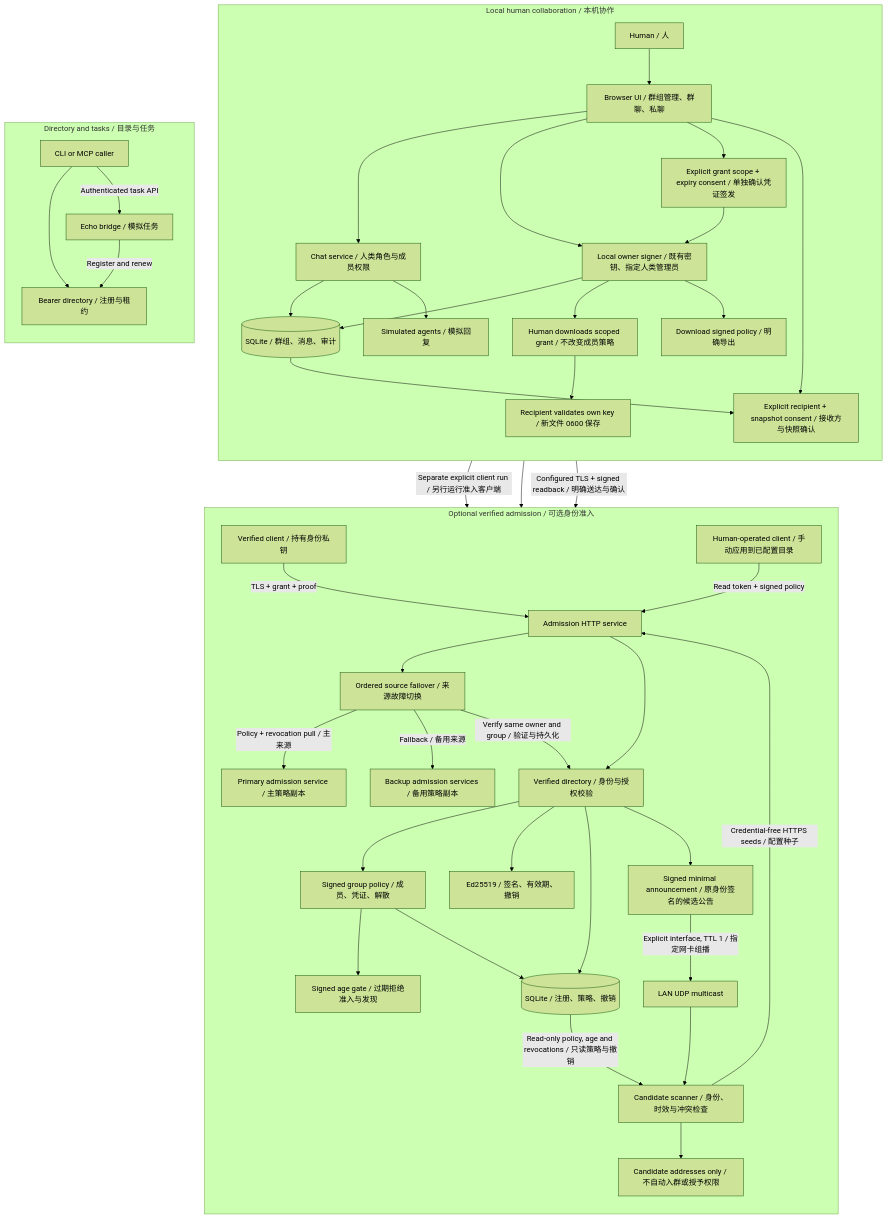
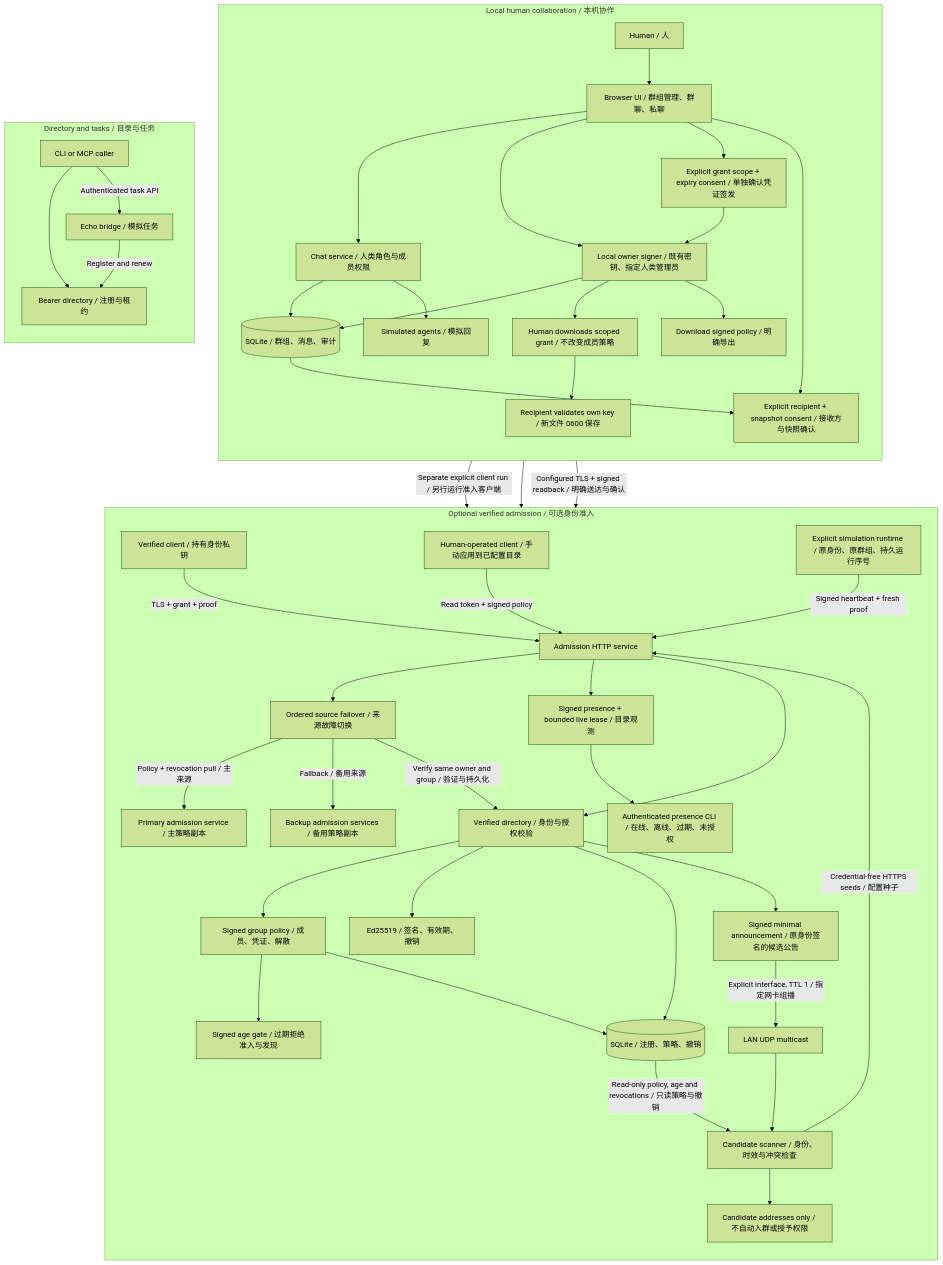
The first of 2 diagrams in README.md (lgdu/tailnet-agents), drawn with Mermaid (forest theme) before and after one commit. The commit also changed other lines of this file and 23 other files, not shown here.

````diff
--- a/README.md
+++ b/README.md
@@ -38,49 +39,52 @@
 ```mermaid
 flowchart TB
   subgraph CHAT["Local human collaboration / 本机协作"]
     direction TB
     H["Human / 人"] --> UI["Browser UI / 群组管理、群聊、私聊"]
     UI --> CS["Chat service / 人类角色与成员权限"]
     CS --> DB[("SQLite / 群组、消息、审计")]
     CS --> SIM["Simulated agents / 模拟回复"]
     UI --> SIGN["Local owner signer / 既有密钥、指定人类管理员"]
     SIGN --> DB
     UI --> ISSUE["Explicit grant scope + expiry consent / 单独确认凭证签发"]
     ISSUE --> SIGN
     SIGN --> GRANT["Human downloads scoped grant / 不改变成员策略"]
     GRANT --> INSTALL["Recipient validates own key / 新文件 0600 保存"]
     SIGN --> EXPORT["Download signed policy / 明确导出"]
     UI --> DELIVERY["Explicit recipient + snapshot consent / 接收方与快照确认"]
     DB --> DELIVERY
   end
   subgraph TASK["Directory and tasks / 目录与任务"]
     direction TB
     CALL["CLI or MCP caller"] --> REG["Bearer directory / 注册与租约"]
     CALL -->|"Authenticated task API"| ECHO["Echo bridge / 模拟任务"]
     ECHO -->|"Register and renew"| REG
   end
   subgraph VERIFY["Optional verified admission / 可选身份准入"]
     direction TB
     INSTALL -->|"Separate explicit client run / 另行运行准入客户端"| VC
     VC["Verified client / 持有身份私钥"] -->|"TLS + grant + proof"| API["Admission HTTP service"]
     API --> SYNC["Ordered source failover / 来源故障切换"]
     SYNC -->|"Policy + revocation pull / 主来源"| PEER["Primary admission service / 主策略副本"]
     SYNC -->|"Fallback / 备用来源"| BACKUP["Backup admission services / 备用策略副本"]
     SYNC -->|"Verify same owner and group / 验证与持久化"| VD
     EXPORT --> APPLY["Human-operated client / 手动应用到已配置目录"]
     APPLY -->|"Read token + signed policy"| API
     DELIVERY -->|"Configured TLS + signed readback / 明确送达与确认"| API
+    RUNTIME["Explicit simulation runtime / 原身份、原群组、持久运行序号"] -->|"Signed heartbeat + fresh proof"| API
+    API --> OBS["Signed presence + bounded live lease / 目录观测"]
+    OBS --> VIEW["Authenticated presence CLI / 在线、离线、过期、未授权"]
     API --> VD["Verified directory / 身份与授权校验"]
     VD --> GP["Signed group policy / 成员、凭证、解散"]
     GP --> AGE["Signed age gate / 过期拒绝准入与发现"]
     VD --> ID["Ed25519 / 签名、有效期、撤销"]
     VD --> VDB[("SQLite / 注册、策略、撤销")]
     GP --> VDB
     VD --> ANN["Signed minimal announcement / 原身份签名的候选公告"]
     ANN -->|"Explicit interface, TTL 1 / 指定网卡组播"| LAN["LAN UDP multicast"]
     LAN --> FIND["Candidate scanner / 身份、时效与冲突检查"]
     VDB -->|"Read-only policy, age and revocations / 只读策略与撤销"| FIND
     FIND -->|"Credential-free HTTPS seeds / 配置种子"| API
     FIND --> CAND["Candidate addresses only / 不自动入群或授予权限"]
   end
 ```
````
